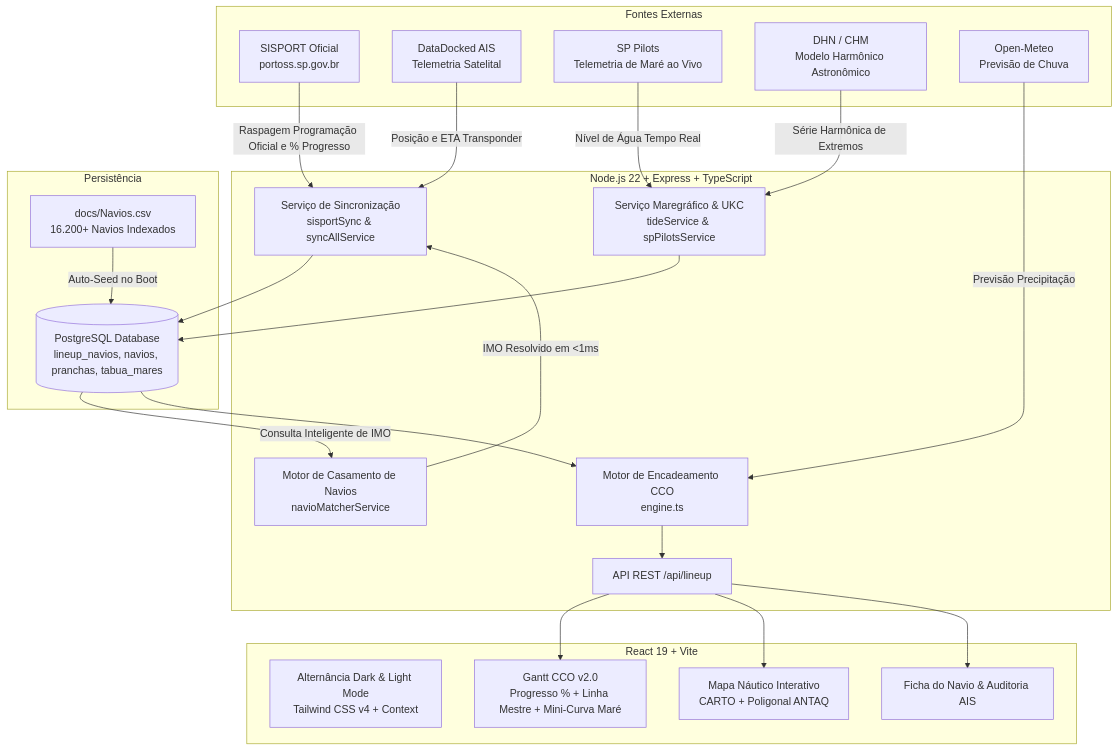
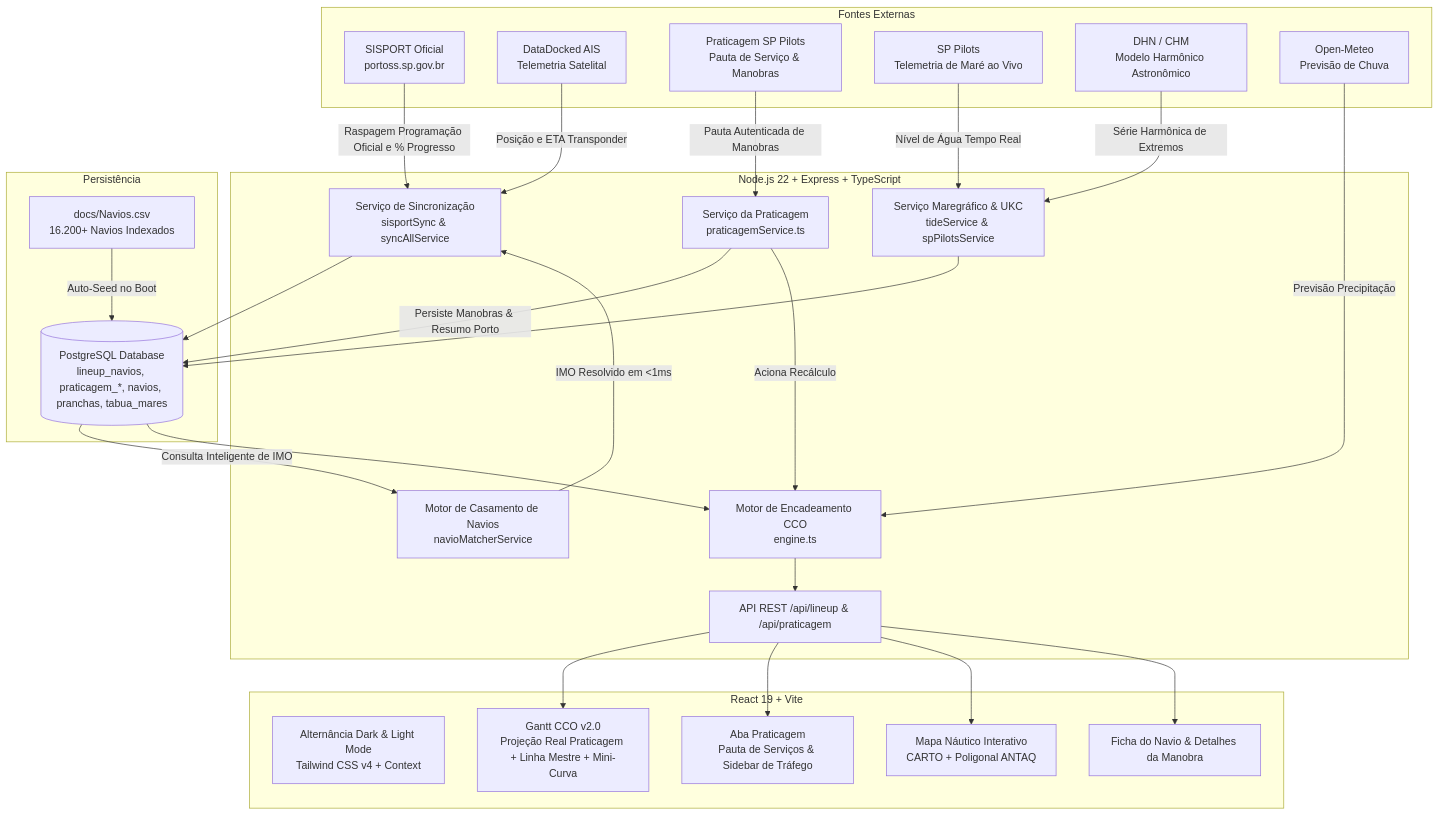
The diagram in README.md (alissonvs/CDSS-Lineup), drawn with Mermaid before and after one commit. The commit also changed other lines of this file and 12 other files, not shown here.

Commit message:
feat: add core backend services, database schema, and frontend Gantt visualization components

````diff
--- a/README.md
+++ b/README.md
@@ -51,47 +54,54 @@
 ```mermaid
 flowchart TD
     subgraph Fontes Externas
         SIS[SISPORT Oficial<br/>portoss.sp.gov.br]
         AIS[DataDocked AIS<br/>Telemetria Satelital]
+        PRAT[Praticagem SP Pilots<br/>Pauta de Serviço & Manobras]
         SPP[SP Pilots<br/>Telemetria de Maré ao Vivo]
         DHN[DHN / CHM<br/>Modelo Harmônico Astronômico]
         METEO[Open-Meteo<br/>Previsão de Chuva]
     end
 
     subgraph Backend CDSS [Node.js 22 + Express + TypeScript]
         SYNC[Serviço de Sincronização<br/>sisportSync & syncAllService]
+        PRAT_SVC[Serviço da Praticagem<br/>praticagemService.ts]
         MATCH[Motor de Casamento de Navios<br/>navioMatcherService]
         TIDE[Serviço Maregráfico & UKC<br/>tideService & spPilotsService]
         MOTOR[Motor de Encadeamento CCO<br/>engine.ts]
-        API[API REST /api/lineup]
+        API[API REST /api/lineup & /api/praticagem]
     end
 
     subgraph Persistência
-        PG[(PostgreSQL Database<br/>lineup_navios, navios, pranchas, tabua_mares)]
+        PG[(PostgreSQL Database<br/>lineup_navios, praticagem_*, navios, pranchas, tabua_mares)]
         CSV[docs/Navios.csv<br/>16.200+ Navios Indexados]
     end
 
     subgraph Frontend CCO [React 19 + Vite]
         THEME[Alternância Dark & Light Mode<br/>Tailwind CSS v4 + Context]
-        GANTT[Gantt CCO v2.0<br/>Progresso % + Linha Mestre + Mini-Curva Maré]
+        GANTT[Gantt CCO v2.0<br/>Projeção Real Praticagem + Linha Mestre + Mini-Curva]
+        PRAT_VIEW[Aba Praticagem<br/>Pauta de Serviços & Sidebar de Tráfego]
         MAPA[Mapa Náutico Interativo<br/>CARTO + Poligonal ANTAQ]
-        MODAIS[Ficha do Navio & Auditoria AIS]
+        MODAIS[Ficha do Navio & Detalhes da Manobra]
     end
 
     SIS -->|Raspagem Programação Oficial e % Progresso| SYNC
     CSV -->|Auto-Seed no Boot| PG
     PG -->|Consulta Inteligente de IMO| MATCH
     MATCH -->|IMO Resolvido em <1ms| SYNC
     AIS -->|Posição e ETA Transponder| SYNC
+    PRAT -->|Pauta Autenticada de Manobras| PRAT_SVC
+    PRAT_SVC -->|Persiste Manobras & Resumo Porto| PG
+    PRAT_SVC -->|Aciona Recálculo| MOTOR
     SPP -->|Nível de Água Tempo Real| TIDE
     DHN -->|Série Harmônica de Extremos| TIDE
     METEO -->|Previsão Precipitação| MOTOR
 
     SYNC --> PG
     TIDE --> PG
     PG --> MOTOR
     MOTOR --> API
     API --> GANTT
+    API --> PRAT_VIEW
     API --> MAPA
     API --> MODAIS
 ```
````
